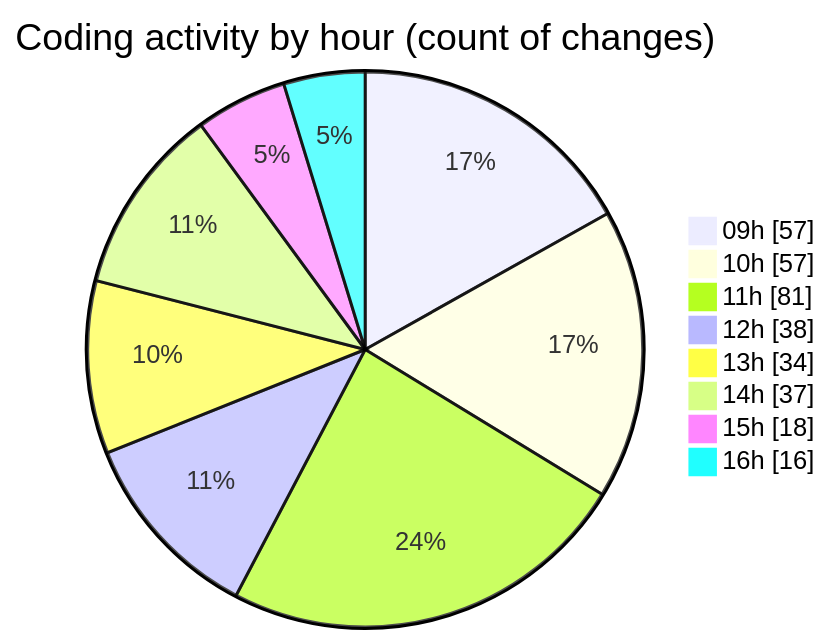
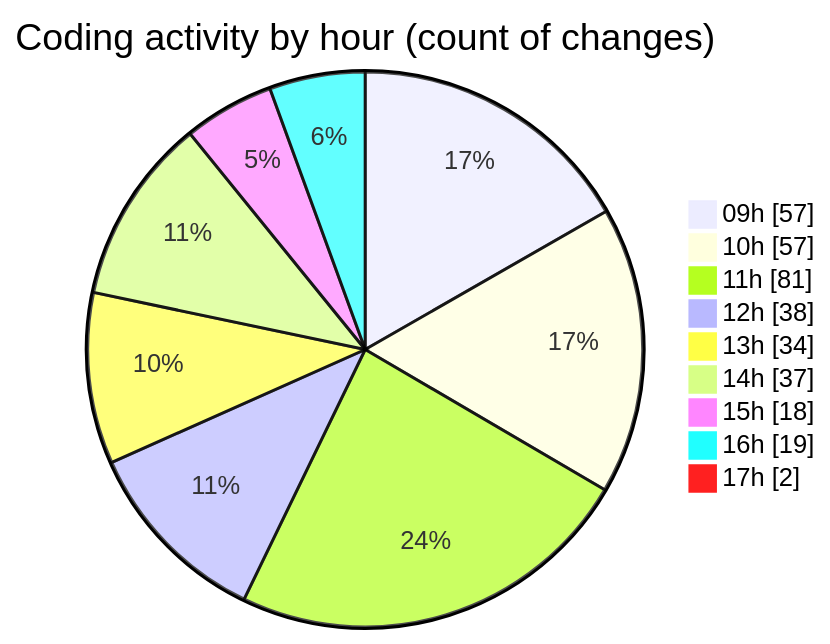
Before and after one commit to momahboobian/code-tracking: the second of 2 diagrams in 2025-09-19/cda/README.md, drawn with Mermaid. The commit also changed other lines of this file and 1 other file, not shown here.

````diff
--- a/2025-09-19/cda/README.md
+++ b/2025-09-19/cda/README.md
@@ -36,12 +36,13 @@
 ```mermaid
 pie showData
 title Coding activity by hour (count of changes)
 "09h" : 57
 "10h" : 57
 "11h" : 81
 "12h" : 38
 "13h" : 34
 "14h" : 37
 "15h" : 18
-"16h" : 16
+"16h" : 19
+"17h" : 2
 ```
````
